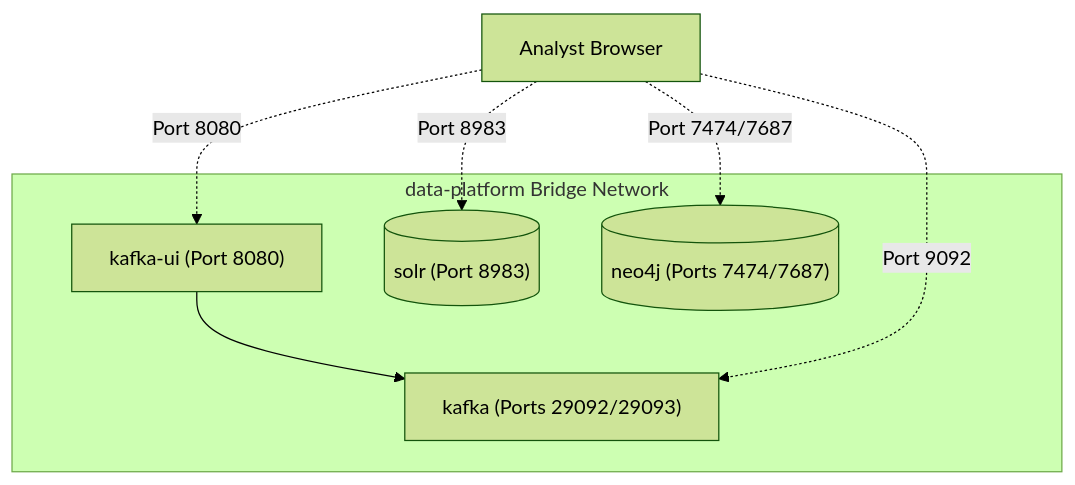
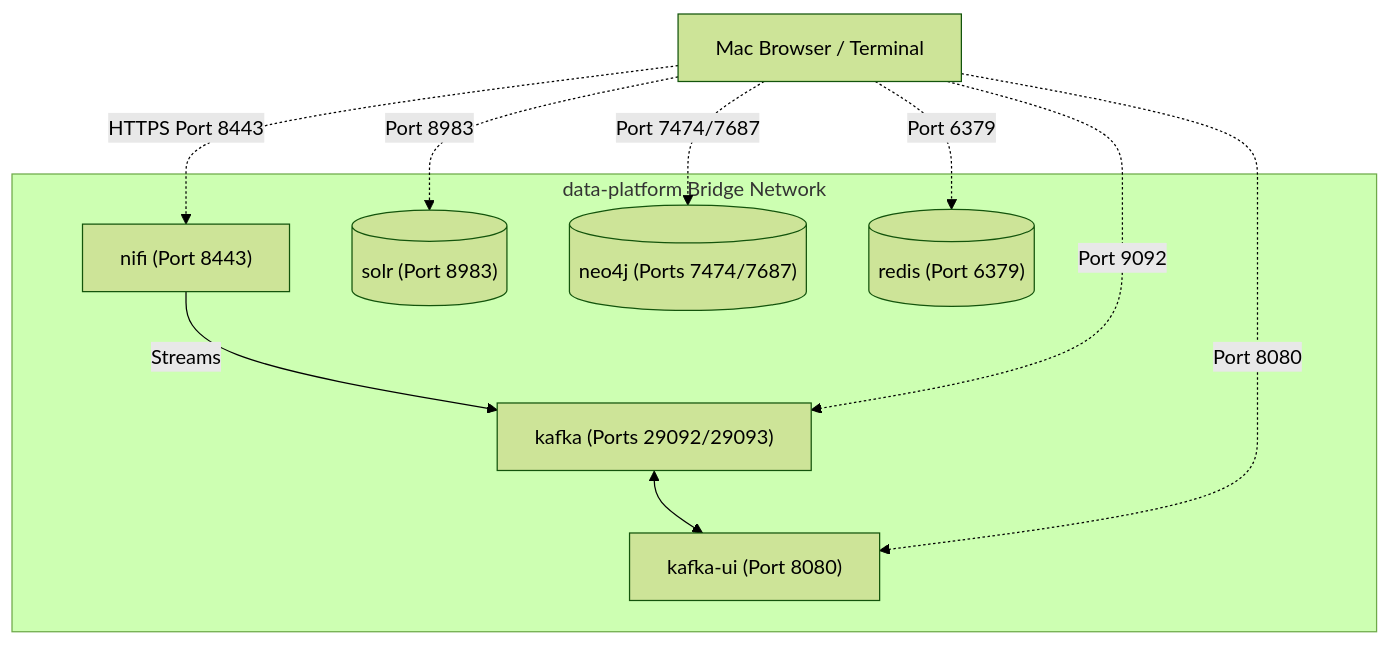
One commit to ErVijayRaghuwanshi/argus changed the diagram in docs/sandbox_setup.md. Above: the diagram before and after it, drawn with Mermaid (forest theme). The commit also changed other lines of this file and 3 other files, not shown here.

````diff
--- a/docs/sandbox_setup.md
+++ b/docs/sandbox_setup.md
@@ -11,16 +11,17 @@
 ```mermaid
 graph TD
     subgraph DataPlatform ["data-platform Bridge Network"]
-        K["kafka (Ports 29092/29093)"]
-        KUI["kafka-ui (Port 8080)"]
+        NIFI["nifi (Port 8443)"] -->|Streams| K["kafka (Ports 29092/29093)"]
+        K <--> KUI["kafka-ui (Port 8080)"]
         SOLR[("solr (Port 8983)")]
         NEO[("neo4j (Ports 7474/7687)")]
-        
-        KUI --> K
+        REDIS[("redis (Port 6379)")]
     end
     
-    UI["Analyst Browser"] -.->|Port 8080| KUI
+    UI["Mac Browser / Terminal"] -.->|HTTPS Port 8443| NIFI
+    UI -.->|Port 8080| KUI
     UI -.->|Port 7474/7687| NEO
     UI -.->|Port 8983| SOLR
+    UI -.->|Port 6379| REDIS
     UI -.->|Port 9092| K
 ```
````
